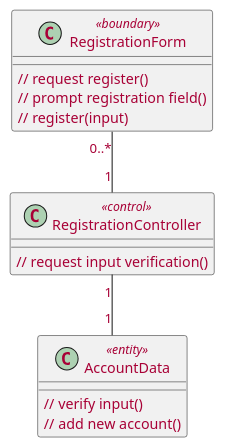
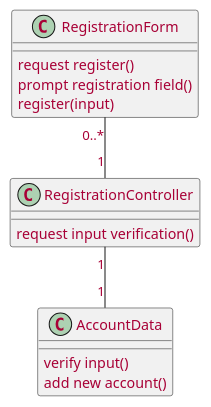
Before and after one commit to McSinyx/ipppi: the third of 8 diagrams in source/solution/use-case-design.rst, drawn with PlantUML. The commit also changed other lines of this file, not shown here.

```diff
--- a/source/solution/use-case-design.rst
+++ b/source/solution/use-case-design.rst
@@ -89,21 +89,21 @@
 .. uml::
 
    skinparam defaultFontColor #a80036
 
-   class RegistrationForm <<boundary>> {
-      // request register()
-      // prompt registration field()
-      // register(input)
+   class RegistrationForm {
+      request register()
+      prompt registration field()
+      register(input)
    }
 
-   class RegistrationController <<control>> {
-      // request input verification()
+   class RegistrationController {
+      request input verification()
    }
 
-   class AccountData <<entity>> {
-      // verify input()
-      // add new account()
+   class AccountData {
+      verify input()
+      add new account()
    }
 
    RegistrationForm "0..*" -- "1" RegistrationController
    RegistrationController "1" -- "1" AccountData
```
